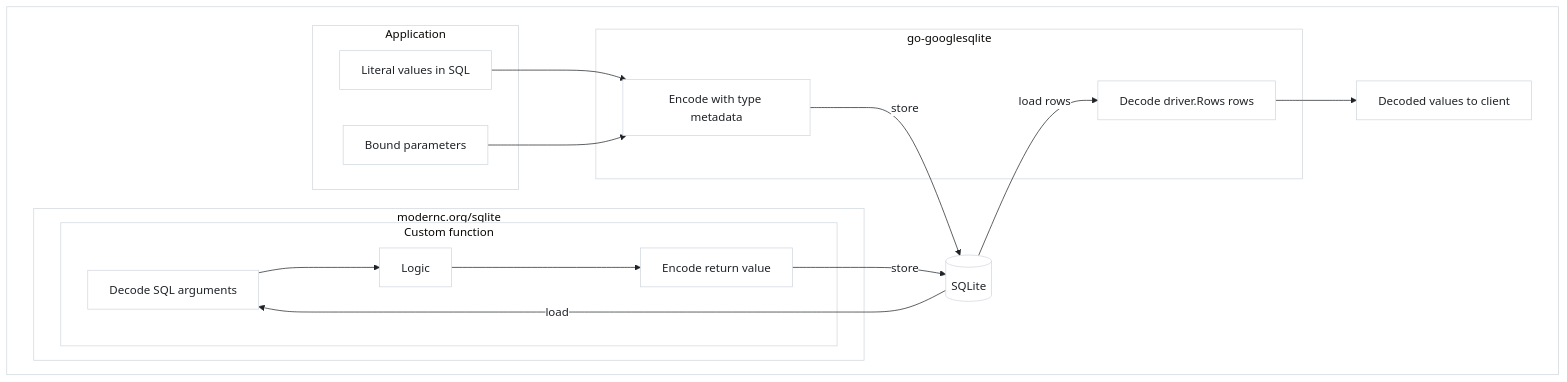
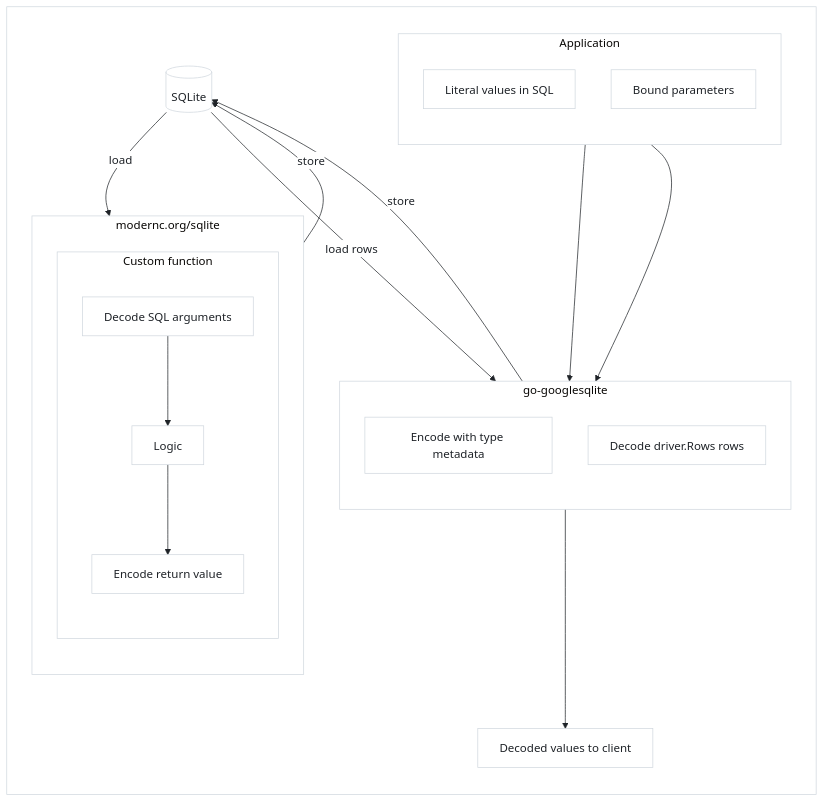
Before and after one commit to vantaboard/bigquery-emulator: the second of 2 diagrams in README.md, drawn with Mermaid. The commit also changed other lines of this file, not shown here.

Commit message:
docs(readme): force Mermaid subgraphs to top-bottom layout
Replace Clients direction LR with TB; add explicit direction TB to
diagram roots and nested subgraphs so nodes stack vertically.

Made-with: Cursor

````diff
--- a/README.md
+++ b/README.md
@@ -332,53 +333,58 @@
 ```mermaid
 ---
 config:
   theme: base
   themeVariables:
     background: '#ffffff'
     mainBkg: '#ffffff'
     clusterBkg: '#ffffff'
     lineColor: '#1f2328'
     arrowheadColor: '#1f2328'
     primaryTextColor: '#1f2328'
     primaryBorderColor: '#d0d7de'
     clusterBorder: '#d0d7de'
     edgeLabelBackground: '#ffffff'
     edgeLabelColor: '#1f2328'
     secondaryBkg: '#f6f8fa'
     tertiaryColor: '#f6f8fa'
     darkMode: false
 ---
 flowchart TD
   subgraph diagramRoot [" "]
+    direction TB
     subgraph inputs [Application]
+      direction TB
       lit[Literal values in SQL]
       par[Bound parameters]
     end
 
     subgraph ggl [go-googlesqlite]
+      direction TB
       enc[Encode with type metadata]
       dec[Decode driver.Rows rows]
     end
 
     subgraph mod [modernc.org/sqlite]
+      direction TB
       subgraph udf [Custom function]
+        direction TB
         da[Decode SQL arguments]
         udfLogic[Logic]
         er[Encode return value]
       end
     end
 
     sq[(SQLite)]
     clientOut[Decoded values to client]
 
     lit --> enc
     par --> enc
     enc -->|store| sq
     sq -->|load rows| dec
     dec --> clientOut
 
     sq -->|load| da
     da --> udfLogic --> er
     er -->|store| sq
   end
 ```
````
